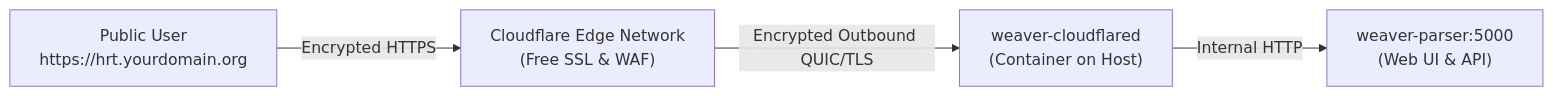
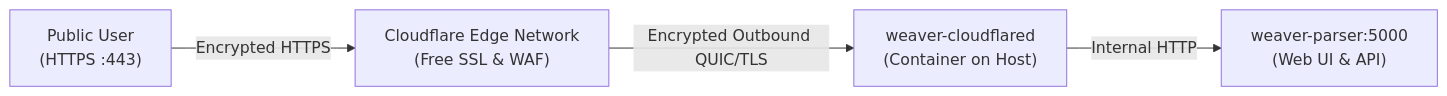
Before and after one commit to lantea-one/nanoweaver-hrt: the second of 2 diagrams in docs/secure-public-access.md, drawn with Mermaid. The commit also changed other lines of this file and 13 other files, not shown here.

Commit message:
docs: add formal scientific abstract and upgrade diagrams to mermaid across wiki

````diff
--- a/docs/secure-public-access.md
+++ b/docs/secure-public-access.md
@@ -234,6 +234,6 @@
 ```mermaid
 flowchart LR
-    Browser["Public User\nhttps://hrt.yourdomain.org"] -->|Encrypted HTTPS| CloudflareEdge["Cloudflare Edge Network\n(Free SSL & WAF)"]
-    CloudflareEdge -->|Encrypted Outbound QUIC/TLS| Cloudflared["weaver-cloudflared\n(Container on Host)"]
-    Cloudflared -->|Internal HTTP| Parser["weaver-parser:5000\n(Web UI & API)"]
+    Browser["Public User<br>(HTTPS :443)"] -->|Encrypted HTTPS| CloudflareEdge["Cloudflare Edge Network<br>(Free SSL & WAF)"]
+    CloudflareEdge -->|Encrypted Outbound QUIC/TLS| Cloudflared["weaver-cloudflared<br>(Container on Host)"]
+    Cloudflared -->|Internal HTTP| Parser["weaver-parser:5000<br>(Web UI & API)"]
 ```
````
